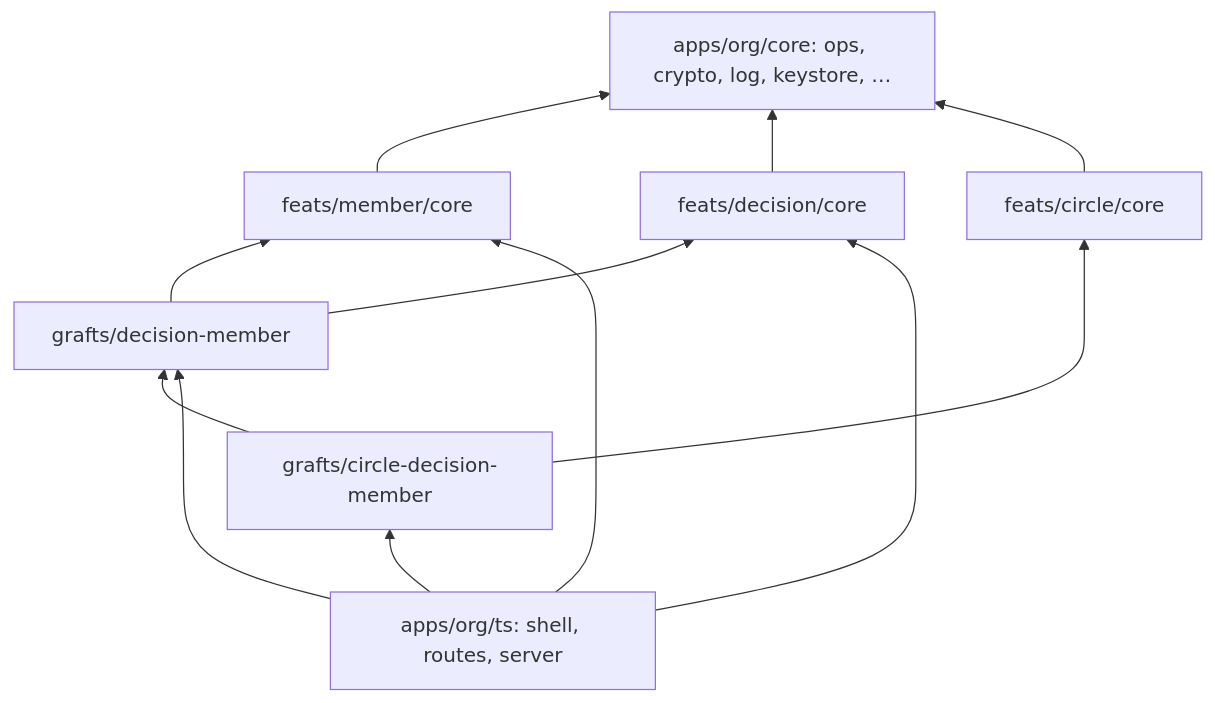
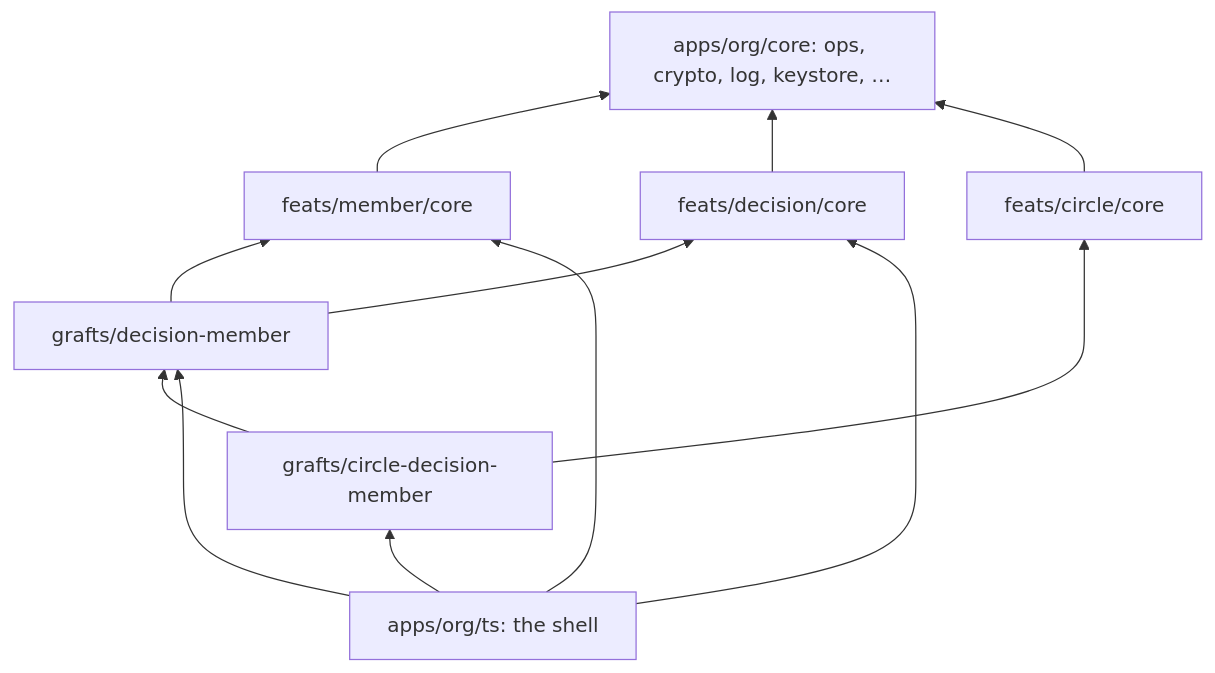
Before and after one commit to cella-coop/cella: the diagram in _corpus/doc/architecture.md, drawn with Mermaid. The commit also changed other lines of this file and 5 other files, not shown here.

Commit message:
doc: the shell, how slices mount in it, client state in hooks, and what the dev server signs

````diff
--- a/_corpus/doc/architecture.md
+++ b/_corpus/doc/architecture.md
@@ -17,21 +17,21 @@
 ```mermaid
 flowchart BT
   core["apps/org/core: ops, crypto, log, keystore, …"]
   member["feats/member/core"]
   decision["feats/decision/core"]
   circle["feats/circle/core"]
   graft["grafts/decision-member"]
   three["grafts/circle-decision-member"]
-  root["apps/org/ts: shell, routes, server"]
+  root["apps/org/ts: the shell"]
   member --> core
   decision --> core
   circle --> core
   graft --> member
   graft --> decision
   three --> graft
   three --> circle
   root --> three
   root --> graft
   root --> member
   root --> decision
 ```
````
